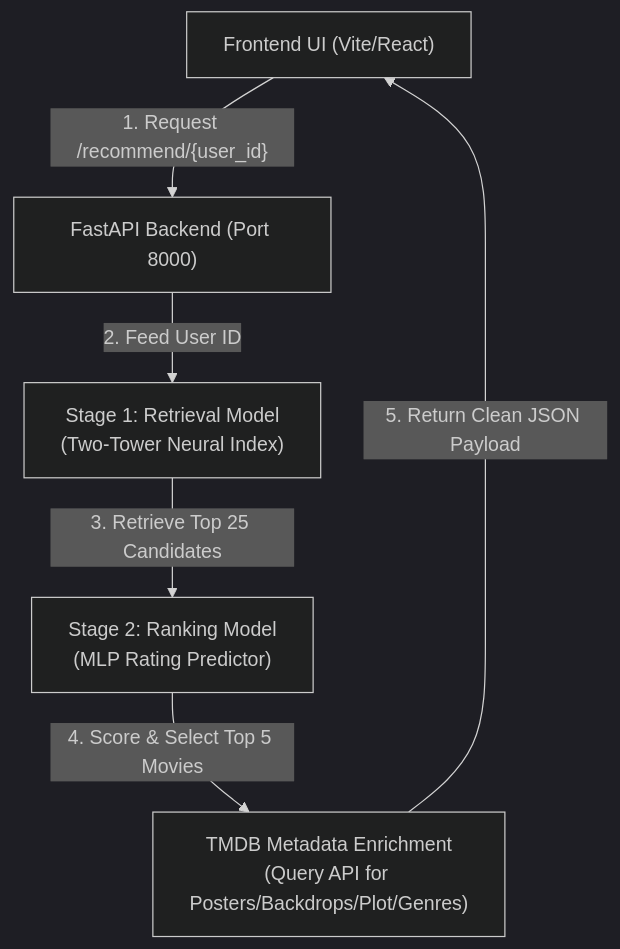
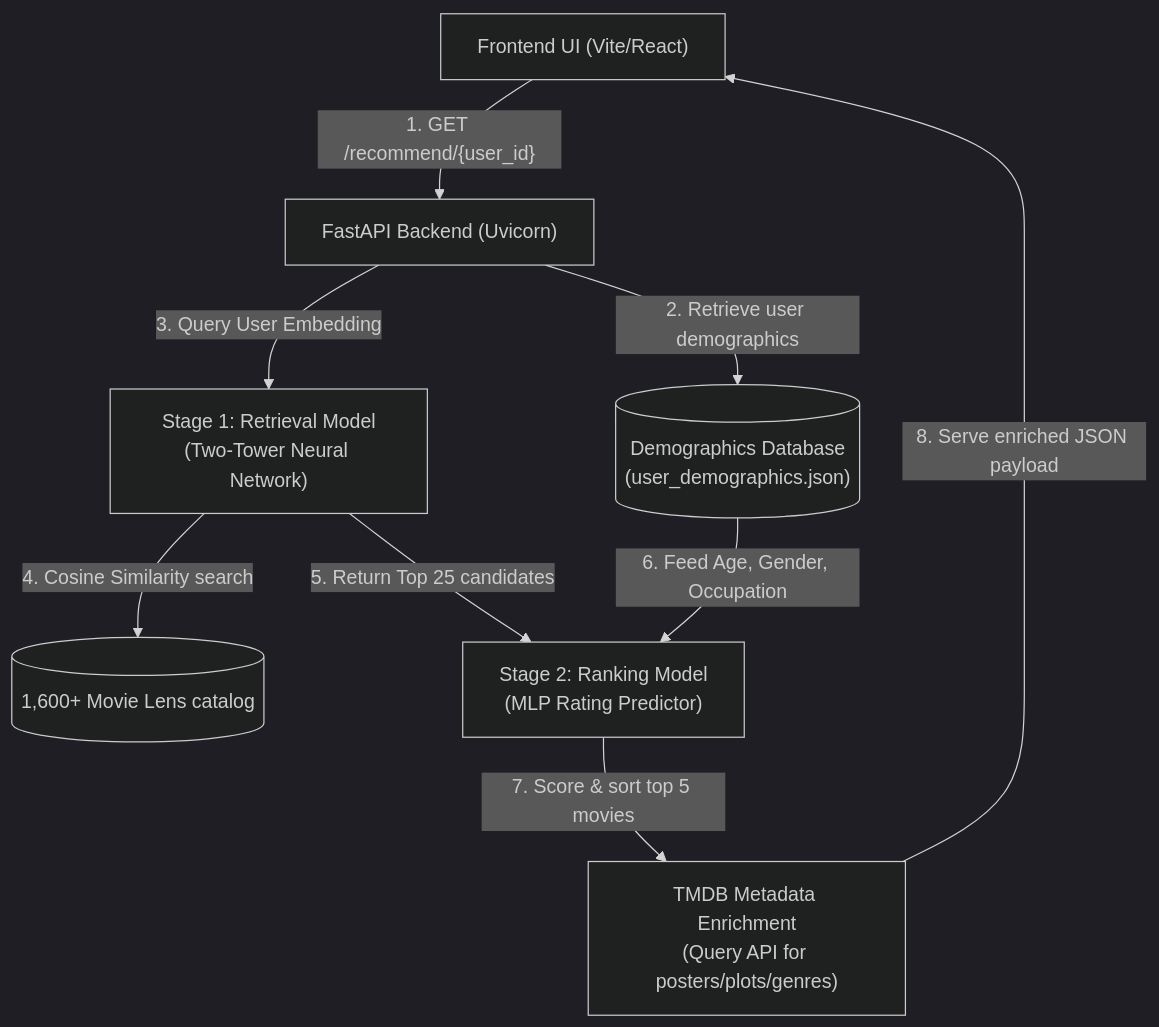
Before and after one commit to Pranjal-Garg-21/movie-recommender-system: the diagram in README.md, drawn with Mermaid (dark theme). The commit also changed other lines of this file, not shown here.

Commit message:
docs: expand README with two-stage methodologies, training logs, and mathematical metrics

````diff
--- a/README.md
+++ b/README.md
@@ -9,8 +13,11 @@
 ```mermaid
 graph TD
-    A["Frontend UI (Vite/React)"] -- "1. Request /recommend/{user_id}" --> B["FastAPI Backend (Port 8000)"]
-    B -- "2. Feed User ID" --> C["Stage 1: Retrieval Model<br>(Two-Tower Neural Index)"]
-    C -- "3. Retrieve Top 25 Candidates" --> D["Stage 2: Ranking Model<br>(MLP Rating Predictor)"]
-    D -- "4. Score & Select Top 5 Movies" --> E["TMDB Metadata Enrichment<br>(Query API for Posters/Backdrops/Plot/Genres)"]
-    E -- "5. Return Clean JSON Payload" --> A
+    A["Frontend UI (Vite/React)"] -- "1. GET /recommend/{user_id}" --> B["FastAPI Backend (Uvicorn)"]
+    B -- "2. Retrieve user demographics" --> F[("Demographics Database<br>(user_demographics.json)")]
+    B -- "3. Query User Embedding" --> C["Stage 1: Retrieval Model<br>(Two-Tower Neural Network)"]
+    C -- "4. Cosine Similarity search" --> G[("1,600+ Movie Lens catalog")]
+    C -- "5. Return Top 25 candidates" --> D["Stage 2: Ranking Model<br>(MLP Rating Predictor)"]
+    F -- "6. Feed Age, Gender, Occupation" --> D
+    D -- "7. Score & sort top 5 movies" --> E["TMDB Metadata Enrichment<br>(Query API for posters/plots/genres)"]
+    E -- "8. Serve enriched JSON payload" --> A
 ```
````
